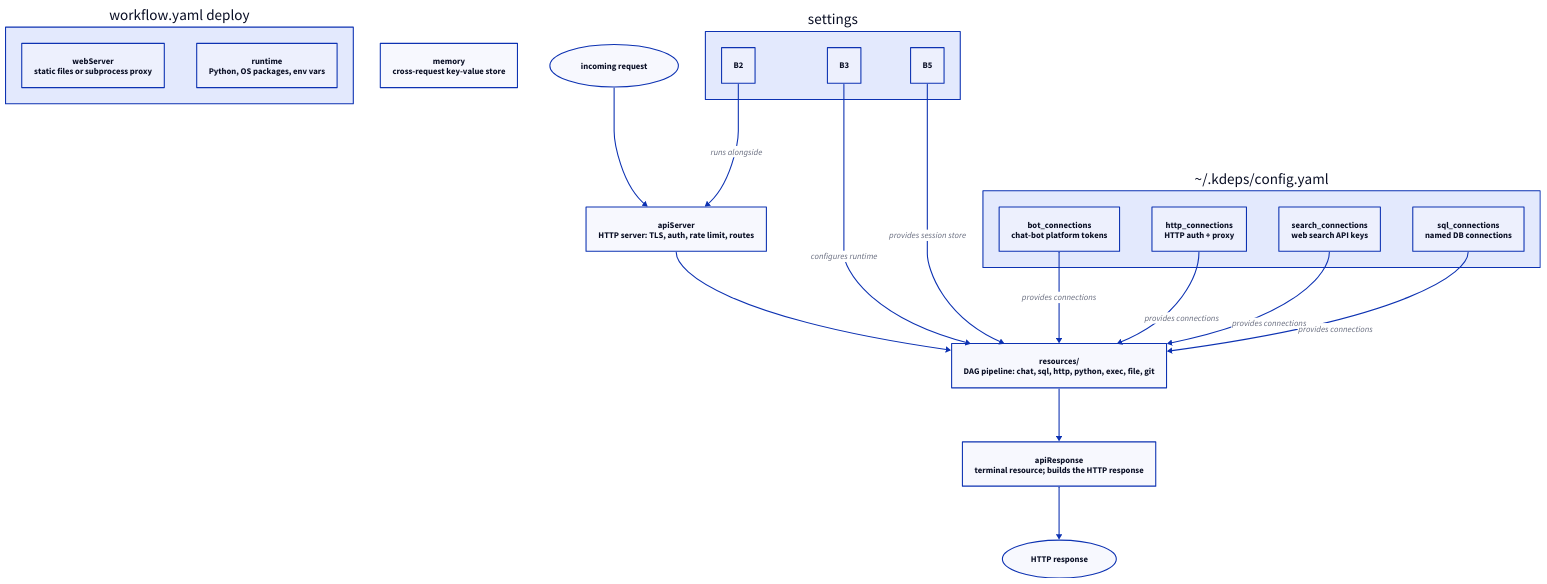
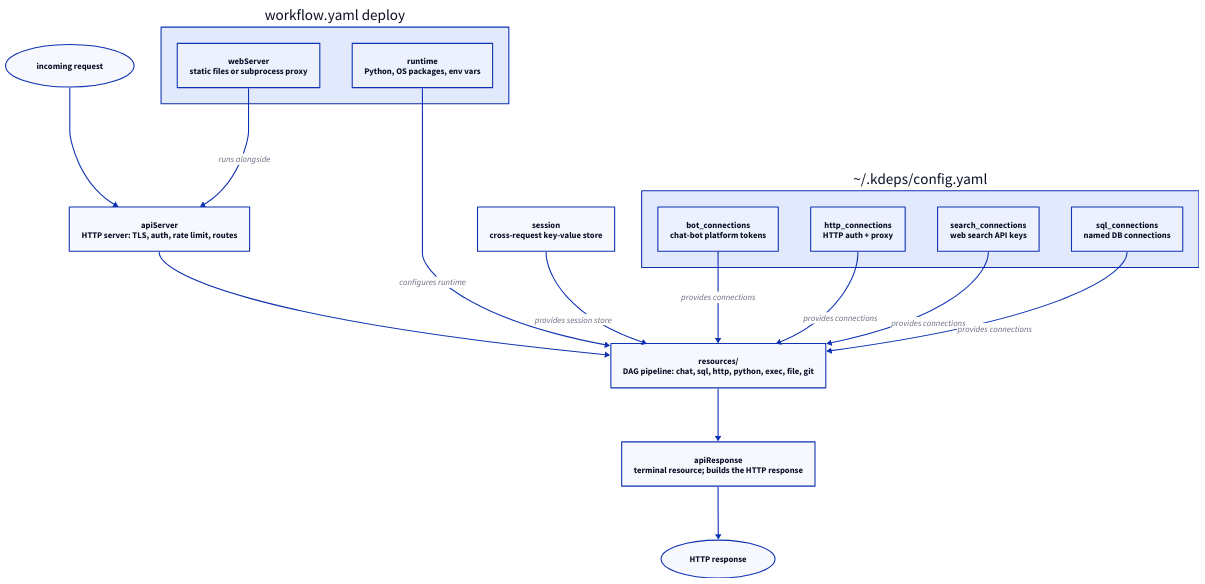
Before and after one commit to kdeps/kdeps: the diagram in docs/v2/workflow/configuration.md, drawn with D2. The commit also changed other lines of this file and 231 other files, not shown here.

````diff
--- a/docs/v2/workflow/configuration.md
+++ b/docs/v2/workflow/configuration.md
@@ -7,32 +7,32 @@
 ```d2
 direction: down
 
 A: incoming request {shape: oval}
 B: "apiServer\nHTTP server: TLS, auth, rate limit, routes"
 C: "resources/\nDAG pipeline: chat, sql, http, python, exec, file, git"
 D: "apiResponse\nterminal resource; builds the HTTP response"
 E: HTTP response {shape: oval}
 
 A -> B -> C -> D -> E
 
 deploy: workflow.yaml deploy {
   B2: "webServer\nstatic files or subprocess proxy"
   B3: "runtime\nPython, OS packages, env vars"
 }
-memory: "memory\ncross-request key-value store"
+session: "session\ncross-request key-value store"
 
 global: "~/.kdeps/config.yaml" {
   G1: "bot_connections\nchat-bot platform tokens"
   G2: "http_connections\nHTTP auth + proxy"
   G3: "search_connections\nweb search API keys"
   G4: "sql_connections\nnamed DB connections"
 }
 
-settings.B3 -> C: configures runtime
-settings.B5 -> C: provides session store
-settings.B2 -> B: runs alongside
+deploy.B3 -> C: configures runtime
+session -> C: provides session store
+deploy.B2 -> B: runs alongside
 global.G1 -> C: provides connections
 global.G2 -> C: provides connections
 global.G3 -> C: provides connections
 global.G4 -> C: provides connections
 ```
````
